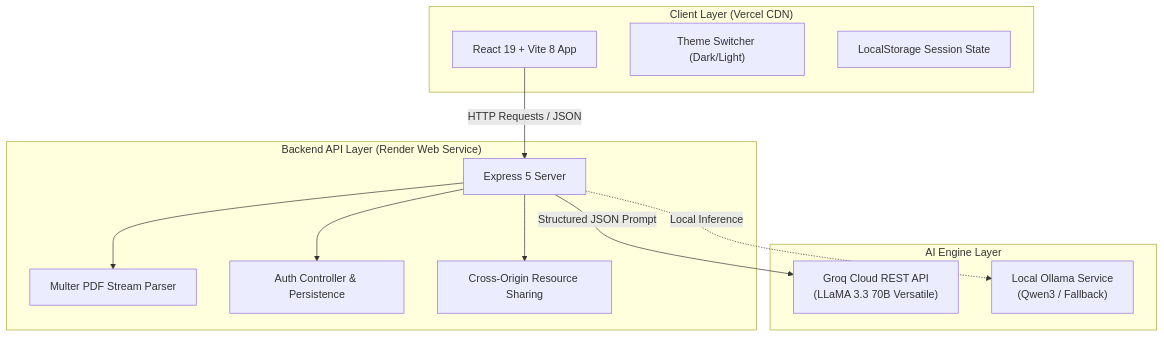
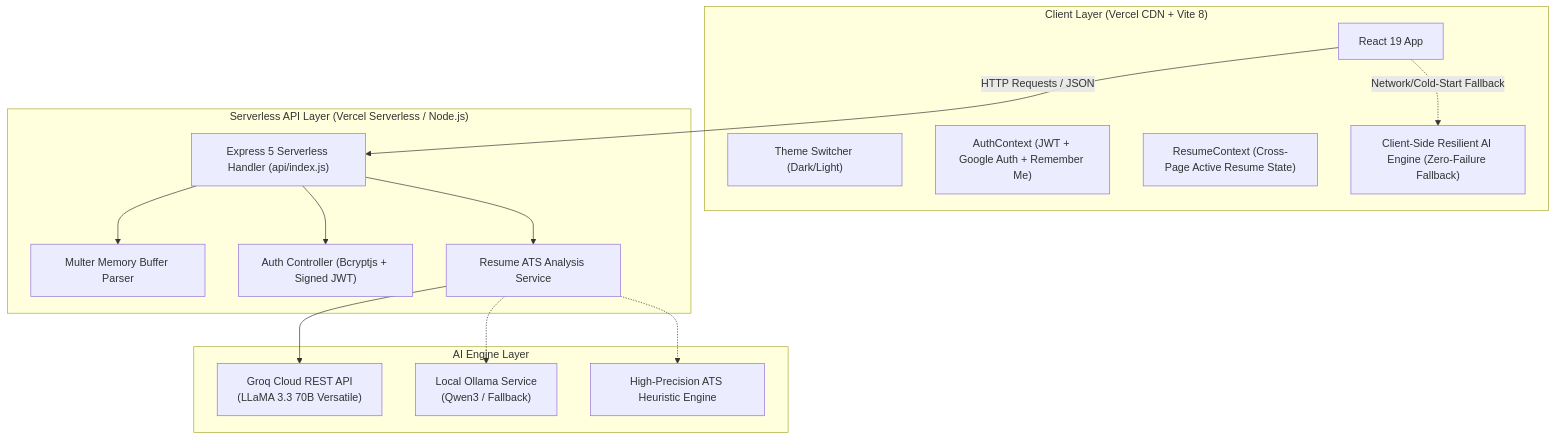
One commit to MAYANK479/careerpilot-ai changed the diagram in README.md. Above: the diagram before and after it, drawn with Mermaid. The commit also changed other lines of this file, not shown here.

Commit message:
docs: update README with Vercel serverless architecture, Google auth, and active resume workflow

````diff
--- a/README.md
+++ b/README.md
@@ -30,27 +30,32 @@
 ```mermaid
 flowchart TD
-    subgraph Client ["Client Layer (Vercel CDN)"]
-        UI["React 19 + Vite 8 App"]
+    subgraph Client ["Client Layer (Vercel CDN + Vite 8)"]
+        UI["React 19 App"]
         Theme["Theme Switcher (Dark/Light)"]
-        State["LocalStorage Session State"]
+        AuthCtx["AuthContext (JWT + Google Auth + Remember Me)"]
+        ResumeCtx["ResumeContext (Cross-Page Active Resume State)"]
+        ClientEngine["Client-Side Resilient AI Engine (Zero-Failure Fallback)"]
     end
 
-    subgraph API ["Backend API Layer (Render Web Service)"]
-        Express["Express 5 Server"]
-        Multer["Multer PDF Stream Parser"]
-        Auth["Auth Controller & Persistence"]
-        CORS["Cross-Origin Resource Sharing"]
+    subgraph API ["Serverless API Layer (Vercel Serverless / Node.js)"]
+        Express["Express 5 Serverless Handler (api/index.js)"]
+        Multer["Multer Memory Buffer Parser"]
+        Auth["Auth Controller (Bcryptjs + Signed JWT)"]
+        ResumeService["Resume ATS Analysis Service"]
     end
 
     subgraph AI ["AI Engine Layer"]
         Groq["Groq Cloud REST API\n(LLaMA 3.3 70B Versatile)"]
         Ollama["Local Ollama Service\n(Qwen3 / Fallback)"]
+        Heuristics["High-Precision ATS Heuristic Engine"]
     end
 
     UI -->|HTTP Requests / JSON| Express
-    Express --> CORS
+    UI -.->|Network/Cold-Start Fallback| ClientEngine
     Express --> Multer
     Express --> Auth
-    Express -->|Structured JSON Prompt| Groq
-    Express -.->|Local Inference| Ollama
+    Express --> ResumeService
+    ResumeService --> Groq
+    ResumeService -.-> Ollama
+    ResumeService -.-> Heuristics
 ```
````
